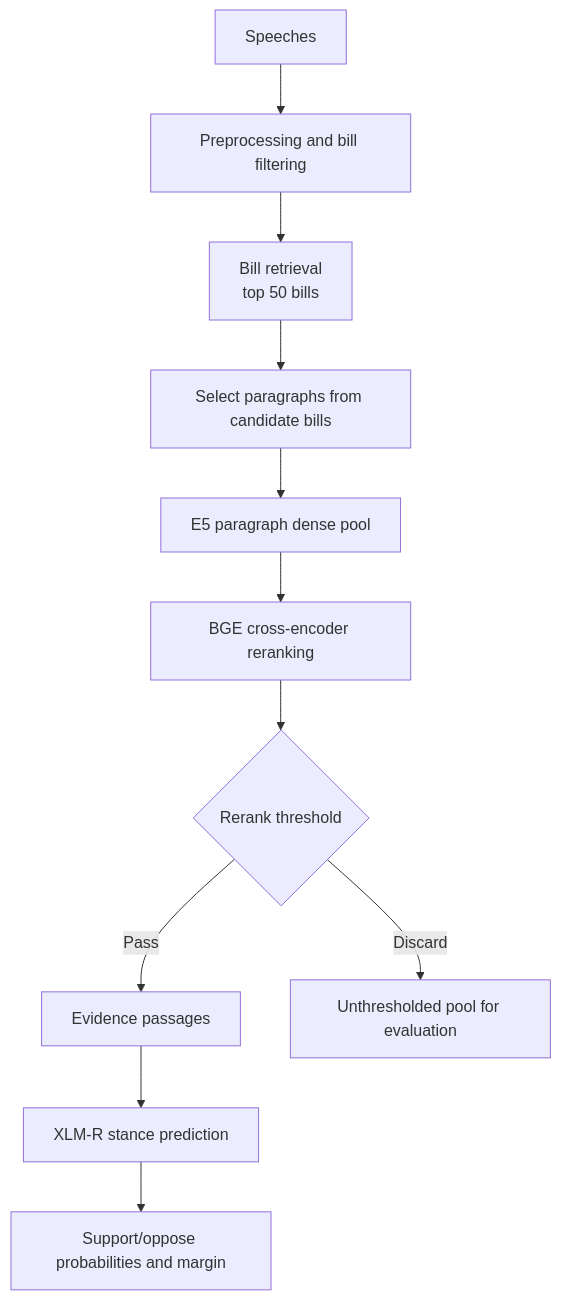
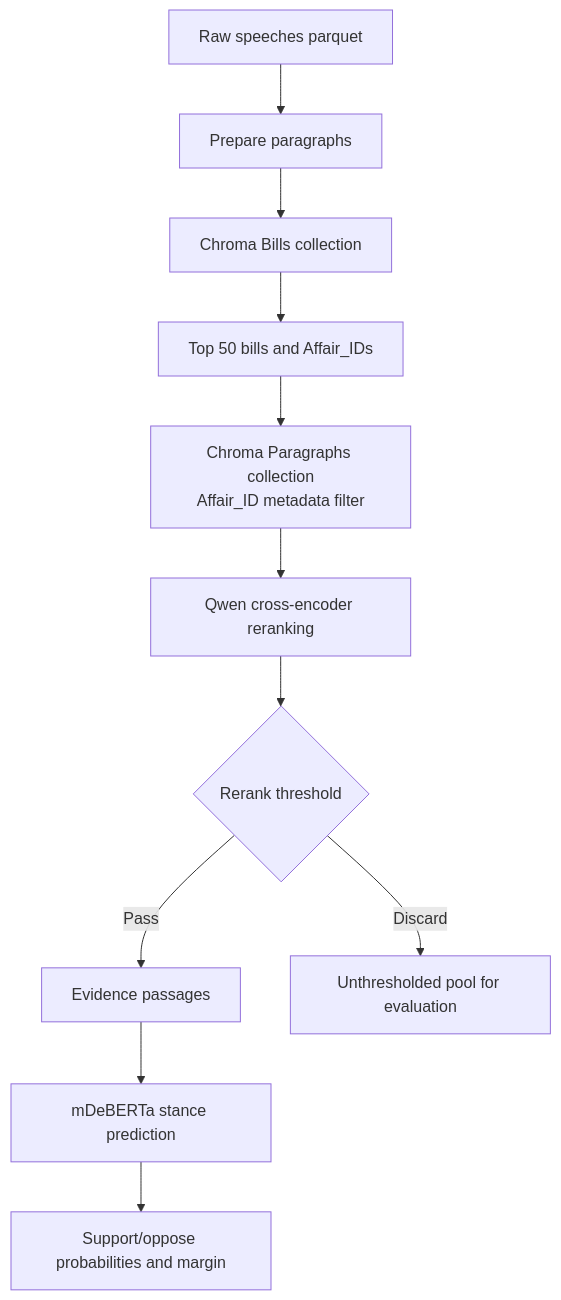
The diagram in README.md (MatteoFasulo/DemocraSci-AM), drawn with Mermaid before and after one commit. The commit also changed other lines of this file and 222 other files, not shown here.

````diff
--- a/README.md
+++ b/README.md
@@ -7,13 +7,13 @@
 ```mermaid
 flowchart TD
-    A[Speeches] --> B[Preprocessing and bill filtering]
-    B --> C[Bill retrieval<br/>top 50 bills]
-    C --> D[Select paragraphs from candidate bills]
-    D --> E[E5 paragraph dense pool]
-    E --> F[BGE cross-encoder reranking]
+    A[Raw speeches parquet] --> B[Prepare paragraphs]
+    B --> C[Chroma Bills collection]
+    C --> D[Top 50 bills and Affair_IDs]
+    D --> E[Chroma Paragraphs collection<br/>Affair_ID metadata filter]
+    E --> F[Qwen cross-encoder reranking]
     F --> G{Rerank threshold}
     G -->|Pass| H[Evidence passages]
     G -->|Discard| I[Unthresholded pool for evaluation]
-    H --> J[XLM-R stance prediction]
+    H --> J[mDeBERTa stance prediction]
     J --> K[Support/oppose probabilities and margin]
 ```
````
